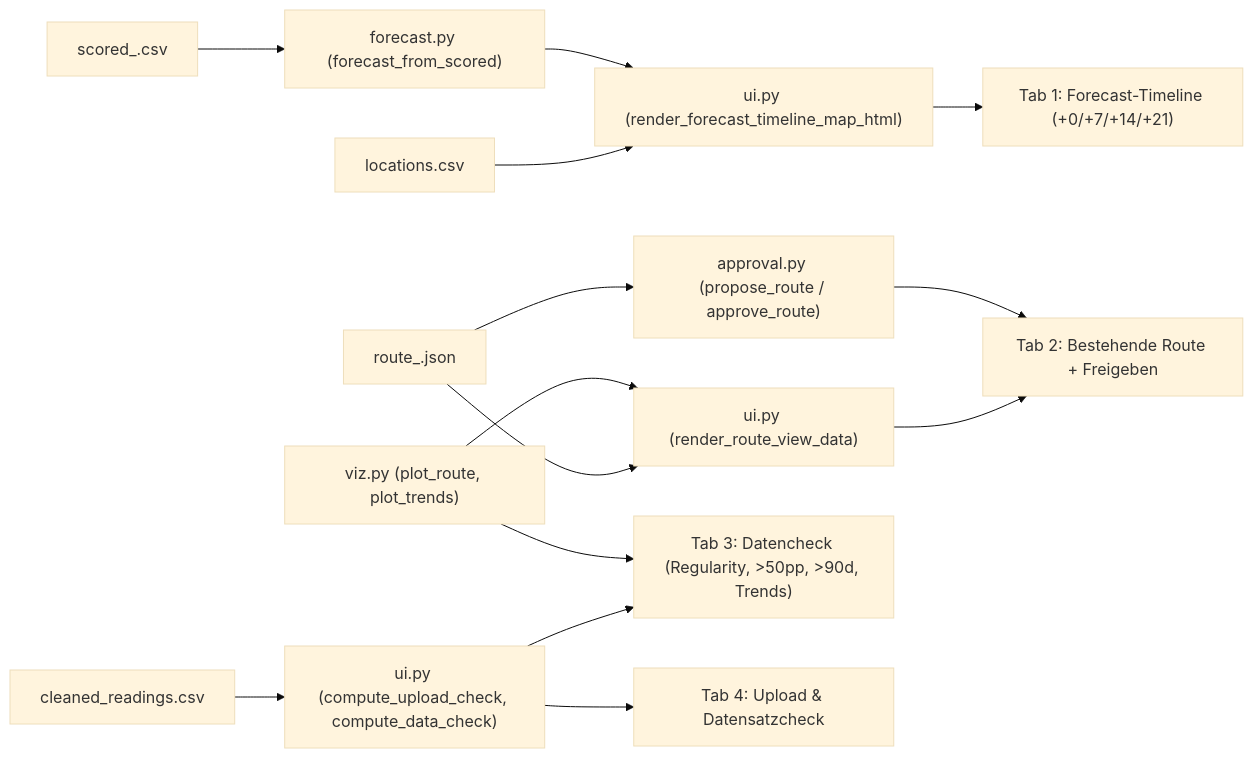
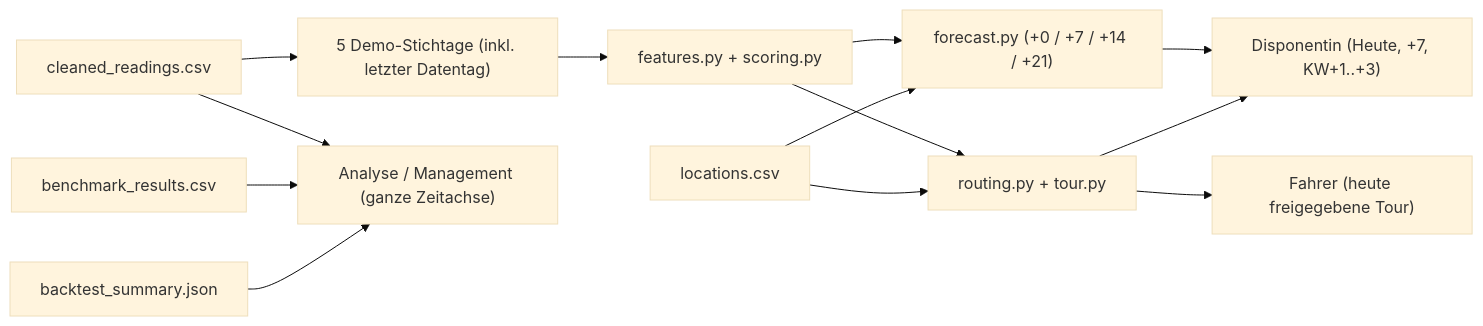
Before and after one commit to smlfg/GlasRoute-PreZero-HHN-FUTURECITYHACKATHON2026: the diagram in docs/UI_PLAN.md, drawn with Mermaid (base theme). The commit also changed other lines of this file and 8 other files, not shown here.

````diff
--- a/docs/UI_PLAN.md
+++ b/docs/UI_PLAN.md
@@ -49,19 +56,17 @@
 ```mermaid
 flowchart LR
-    RAW["cleaned_readings.csv"] --> CHECK["ui.py (compute_upload_check, compute_data_check)"]
-    LOC["locations.csv"] --> MAP3["ui.py (render_forecast_timeline_map_html)"]
-    SCORED["scored_<date>.csv"] --> FC["forecast.py (forecast_from_scored)"]
-    FC --> MAP3
+    RAW["cleaned_readings.csv"] --> DATES["5 Demo-Stichtage (inkl. letzter Datentag)"]
+    DATES --> SCORE["features.py + scoring.py"]
+    SCORE --> FC["forecast.py (+0 / +7 / +14 / +21)"]
+    SCORE --> ROUTE["routing.py + tour.py"]
+    LOC["locations.csv"] --> ROUTE
+    LOC --> FC
 
-    MAP3 --> V3["Tab 1: Forecast-Timeline (+0/+7/+14/+21)"]
+    FC --> DISP["Disponentin (Heute, +7, KW+1..+3)"]
+    ROUTE --> DISP
+    ROUTE --> DRV["Fahrer (heute freigegebene Tour)"]
 
-    ROUTE["route_<date>.json"] --> RV["ui.py (render_route_view_data)"]
-    ROUTE --> APPR["approval.py (propose_route / approve_route)"]
-    VIZ["viz.py (plot_route, plot_trends)"] --> RV
-    RV --> V4["Tab 2: Bestehende Route + Freigeben"]
-    APPR --> V4
-
-    CHECK --> V2["Tab 3: Datencheck (Regularity, >50pp, >90d, Trends)"]
-    VIZ --> V2
-    CHECK --> V1["Tab 4: Upload & Datensatzcheck"]
+    RAW --> ANA["Analyse / Management (ganze Zeitachse)"]
+    BENCH["benchmark_results.csv"] --> ANA
+    BACK["backtest_summary.json"] --> ANA
 ```
````
